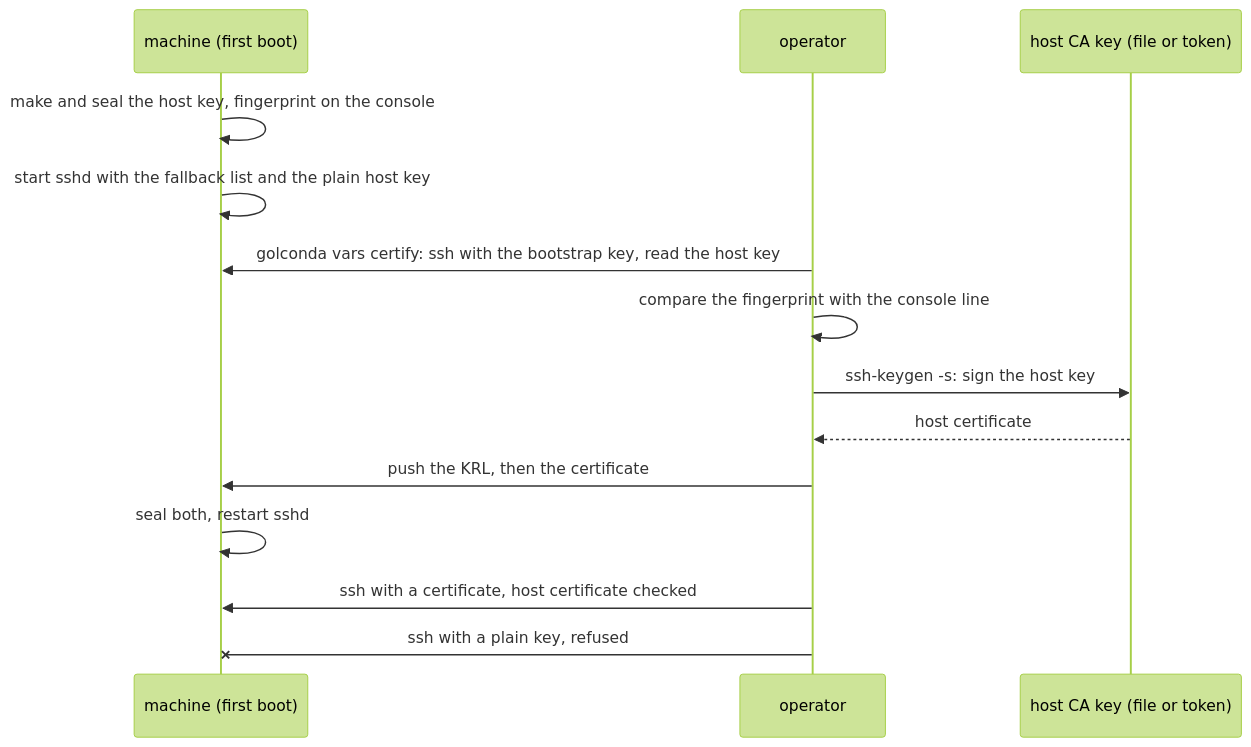
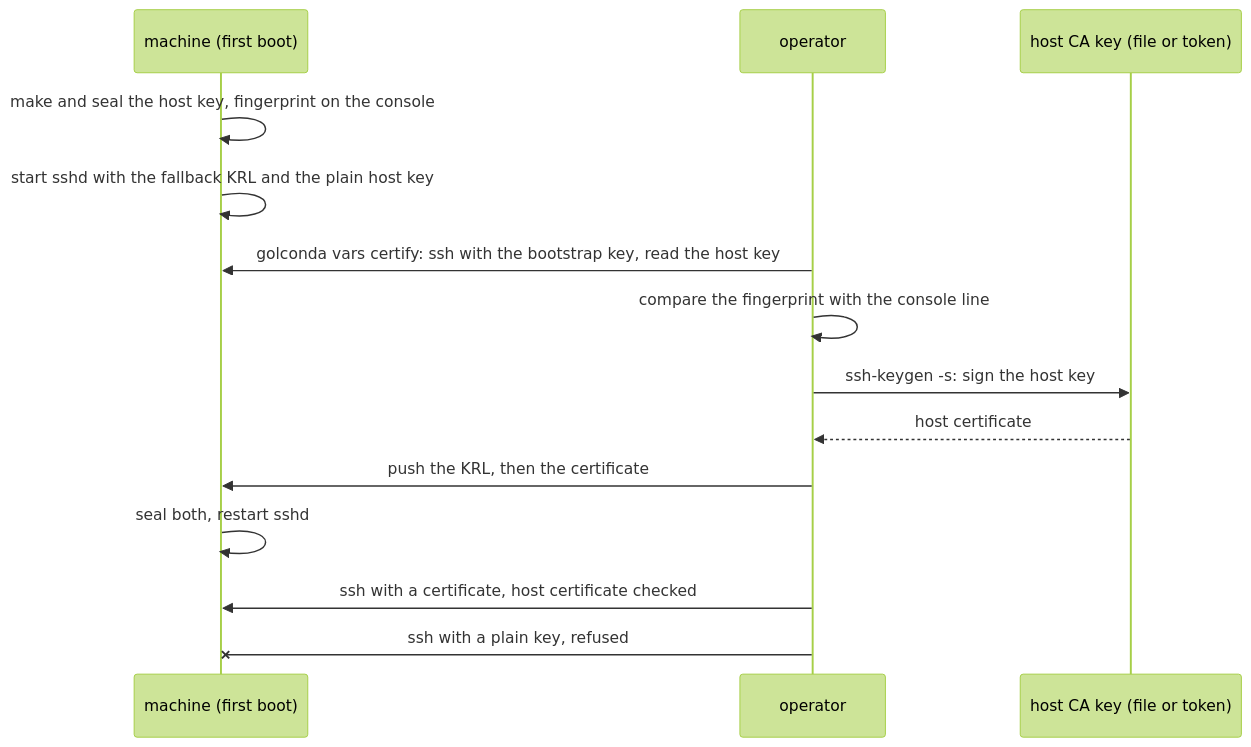
One commit to slophaer/golconda changed the third of 3 diagrams in docs/design/trust.md. Above: the diagram before and after it, drawn with Mermaid (forest theme). The commit also changed other lines of this file and 18 other files, not shown here.

````diff
--- a/docs/design/trust.md
+++ b/docs/design/trust.md
@@ -176,16 +179,16 @@
 ```mermaid
 sequenceDiagram
   participant M as machine (first boot)
   participant O as operator
   participant C as host CA key (file or token)
   M->>M: make and seal the host key, fingerprint on the console
-  M->>M: start sshd with the fallback list and the plain host key
+  M->>M: start sshd with the fallback KRL and the plain host key
   O->>M: golconda vars certify: ssh with the bootstrap key, read the host key
   O->>O: compare the fingerprint with the console line
   O->>C: ssh-keygen -s: sign the host key
   C-->>O: host certificate
   O->>M: push the KRL, then the certificate
   M->>M: seal both, restart sshd
   O->>M: ssh with a certificate, host certificate checked
   O-xM: ssh with a plain key, refused
 ```
````
